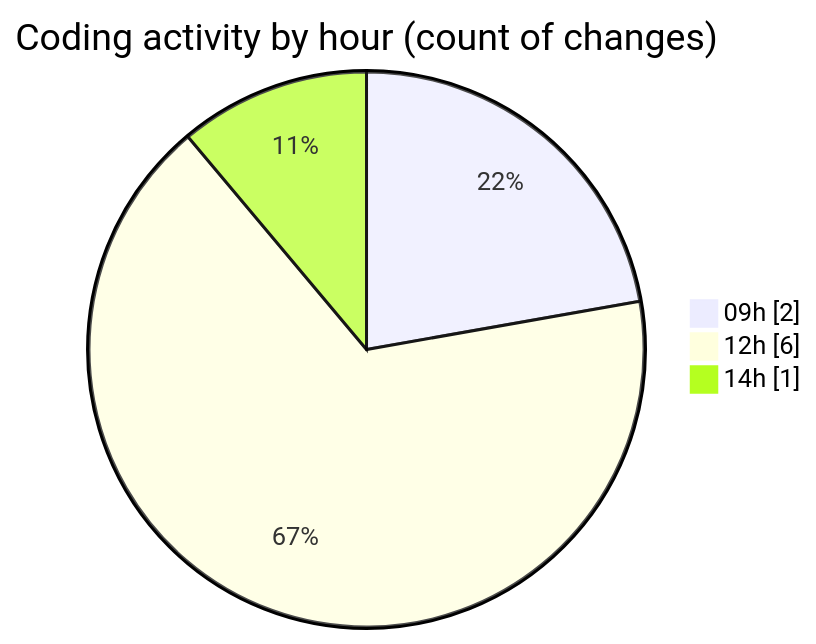
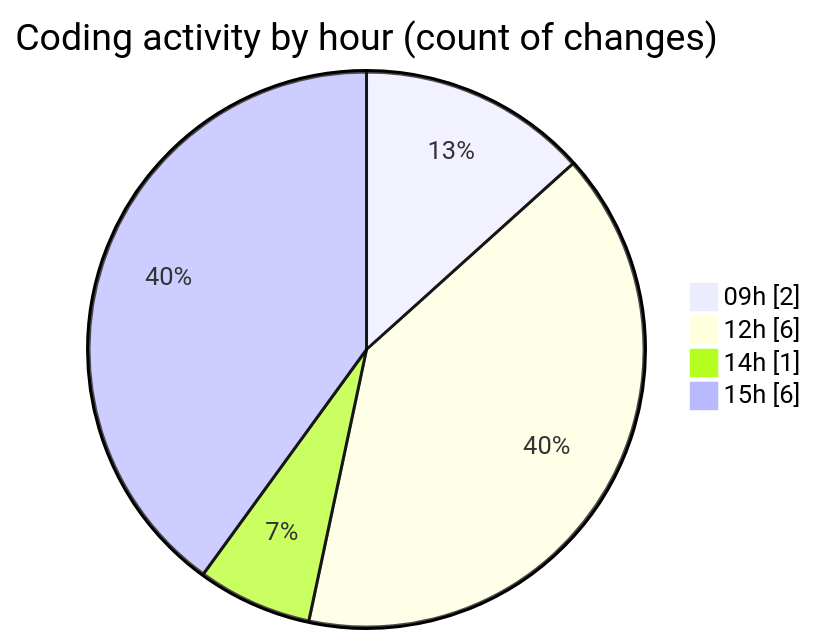
The second of 2 diagrams in 2026-06-16/cinema_3/README.md (igalym/code-tracking), drawn with Mermaid before and after one commit. The commit also changed other lines of this file and 1 other file, not shown here.

````diff
--- a/2026-06-16/cinema_3/README.md
+++ b/2026-06-16/cinema_3/README.md
@@ -32,7 +38,8 @@
 ```mermaid
 pie showData
 title Coding activity by hour (count of changes)
 "09h" : 2
 "12h" : 6
 "14h" : 1
+"15h" : 6
 ```
````
